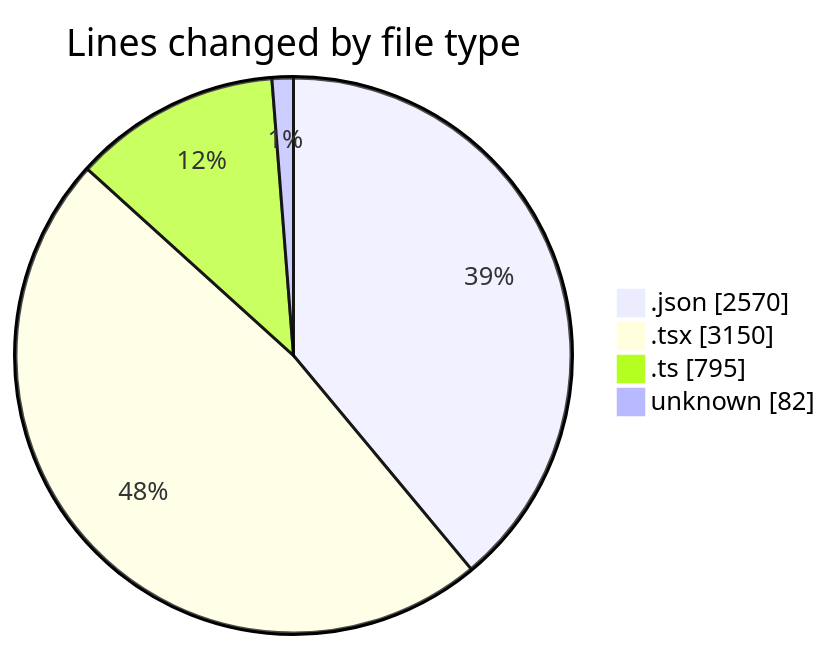
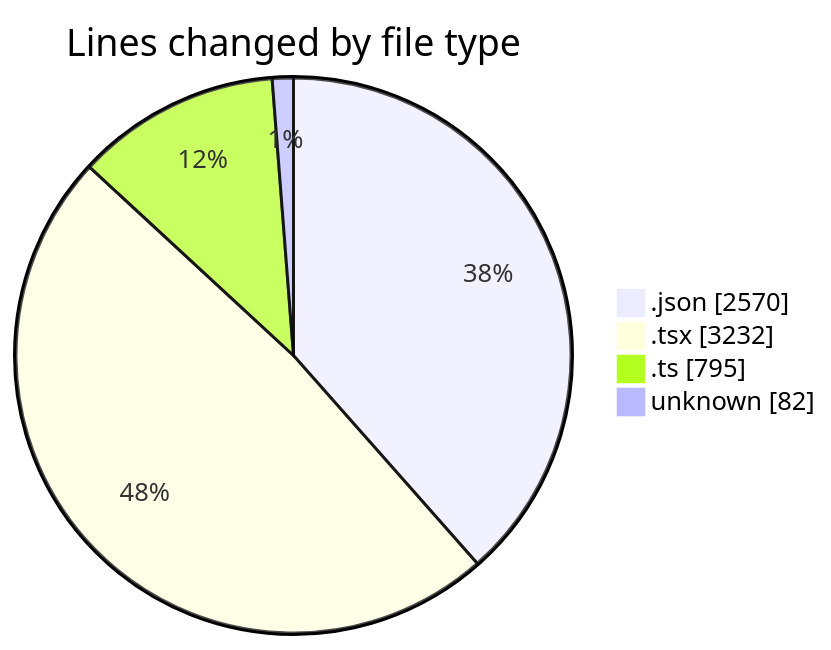
One commit to julien-gomy/code-tracking changed the first of 2 diagrams in 2025-10-29/eventscop-frontend-guide__workspace_/README.md. Above: the diagram before and after it, drawn with Mermaid. The commit also changed other lines of this file and 1 other file, not shown here.

````diff
--- a/2025-10-29/eventscop-frontend-guide__workspace_/README.md
+++ b/2025-10-29/eventscop-frontend-guide__workspace_/README.md
@@ -56,8 +56,8 @@
 ```mermaid
 pie showData
 title Lines changed by file type
 ".json" : 2570
-".tsx" : 3150
+".tsx" : 3232
 ".ts" : 795
 "unknown" : 82
 ```
````
